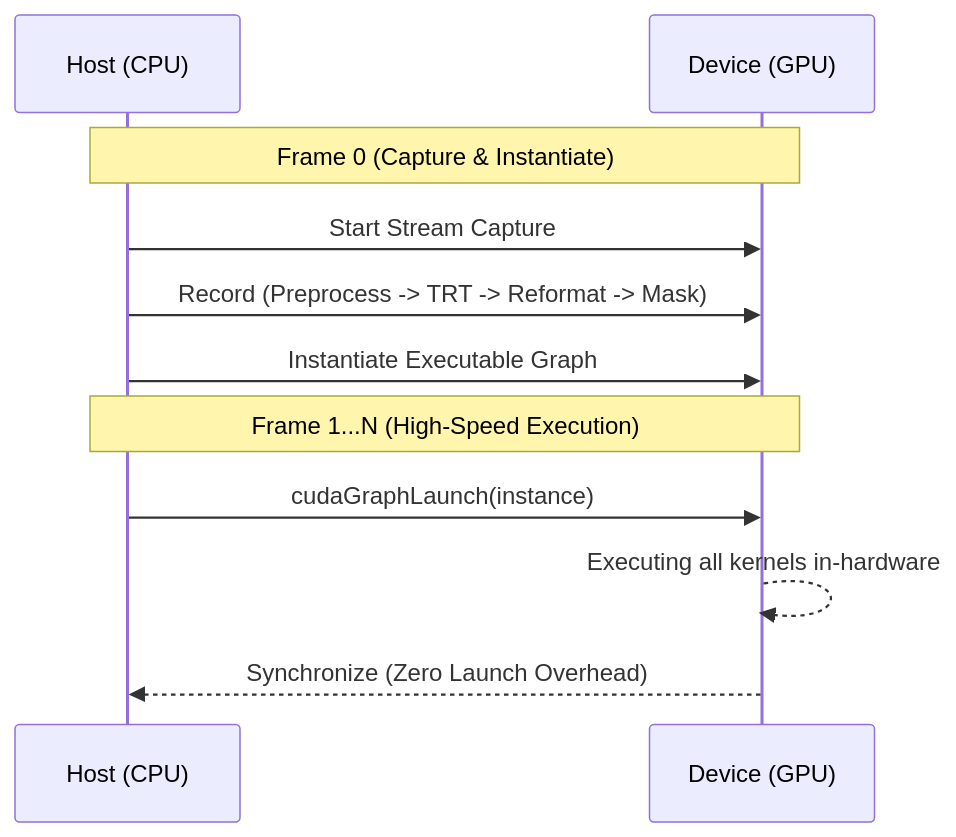
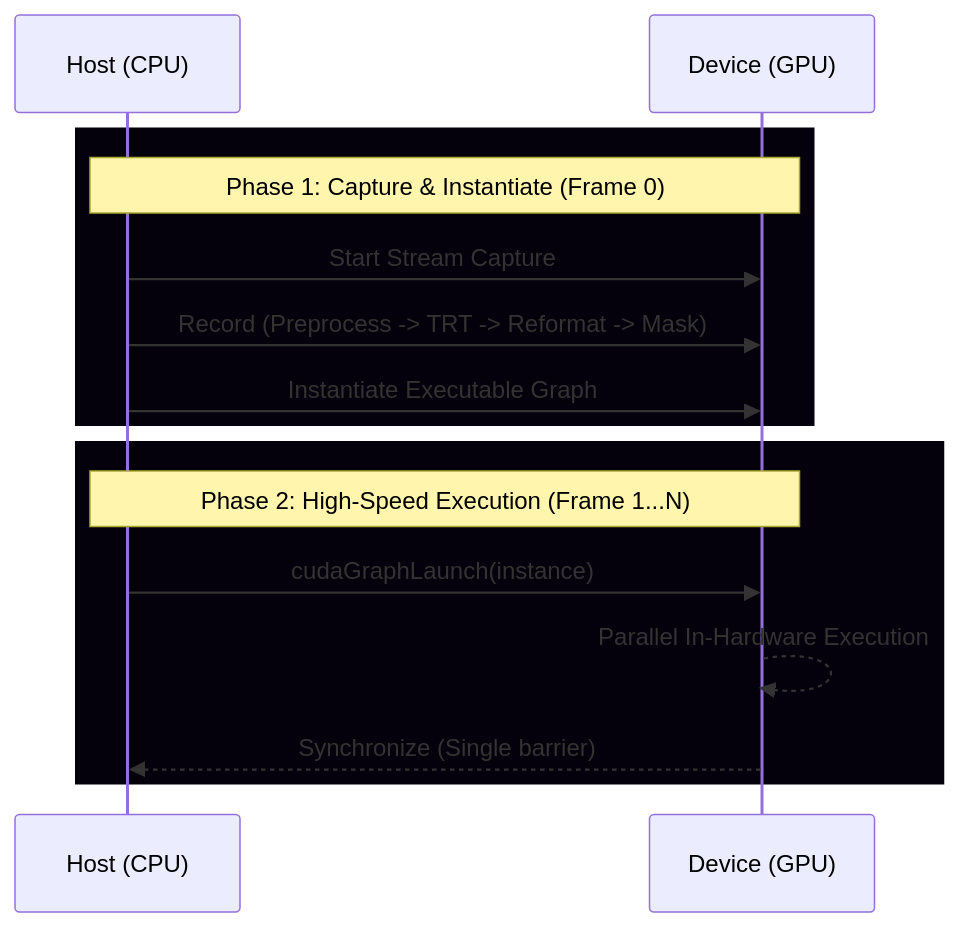
One commit to lorefargio/Camera_based_Cone_Detection changed the second of 2 diagrams in README.md. Above: the diagram before and after it, drawn with Mermaid. The commit also changed other lines of this file and 4 other files, not shown here.

Commit message:
the graph optimization dectrase the standard deviation but decrase the avarage FPS, trying to do better

````diff
--- a/README.md
+++ b/README.md
@@ -56,15 +55,19 @@
 ```mermaid
 sequenceDiagram
     participant CPU as Host (CPU)
     participant GPU as Device (GPU)
     
-    Note over CPU, GPU: Frame 0 (Capture & Instantiate)
+    rect rgb(4, 1, 12)
+    Note over CPU, GPU: Phase 1: Capture & Instantiate (Frame 0)
     CPU->>GPU: Start Stream Capture
     CPU->>GPU: Record (Preprocess -> TRT -> Reformat -> Mask)
     CPU->>GPU: Instantiate Executable Graph
+    end
     
-    Note over CPU, GPU: Frame 1...N (High-Speed Execution)
+    rect rgb(4, 1, 12)
+    Note over CPU, GPU: Phase 2: High-Speed Execution (Frame 1...N)
     CPU->>GPU: cudaGraphLaunch(instance)
-    GPU-->>GPU: Executing all kernels in-hardware
-    GPU-->>CPU: Synchronize (Zero Launch Overhead)
+    GPU-->>GPU: Parallel In-Hardware Execution
+    GPU-->>CPU: Synchronize (Single barrier)
+    end
 ```
````
